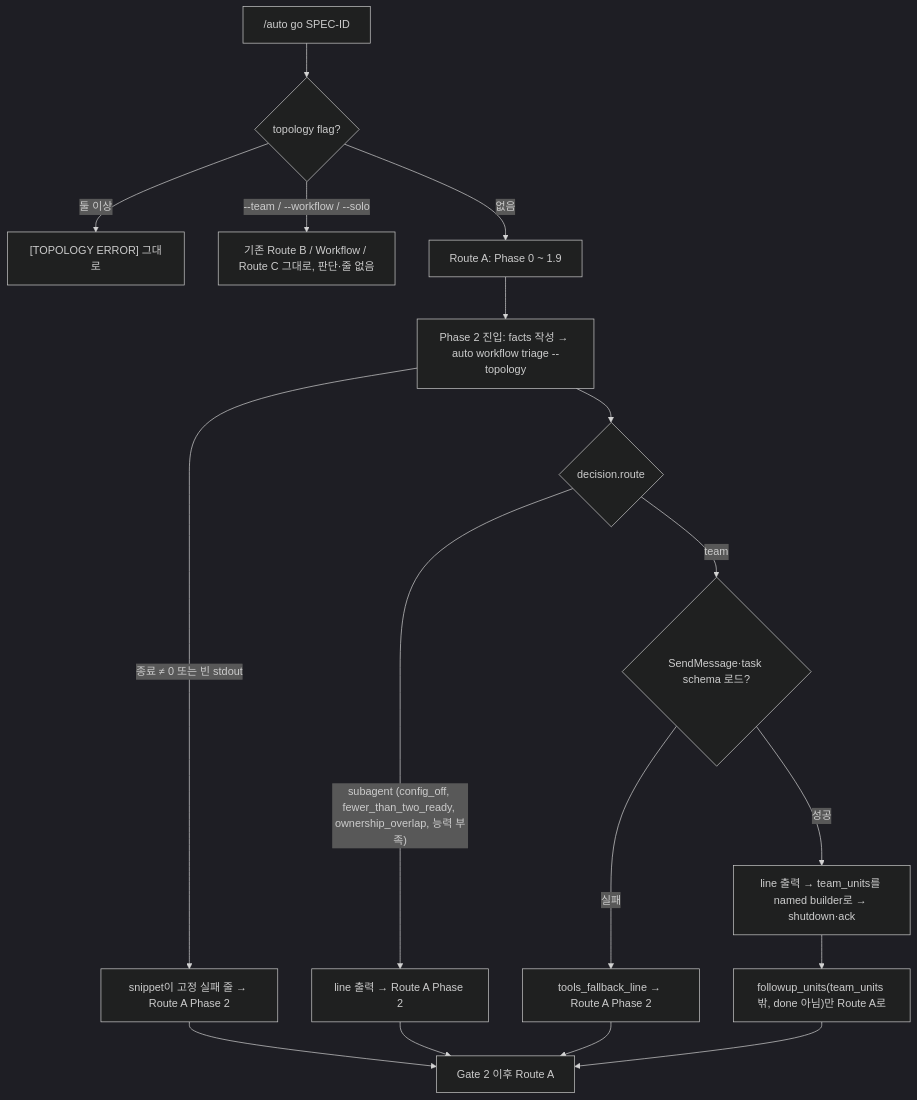
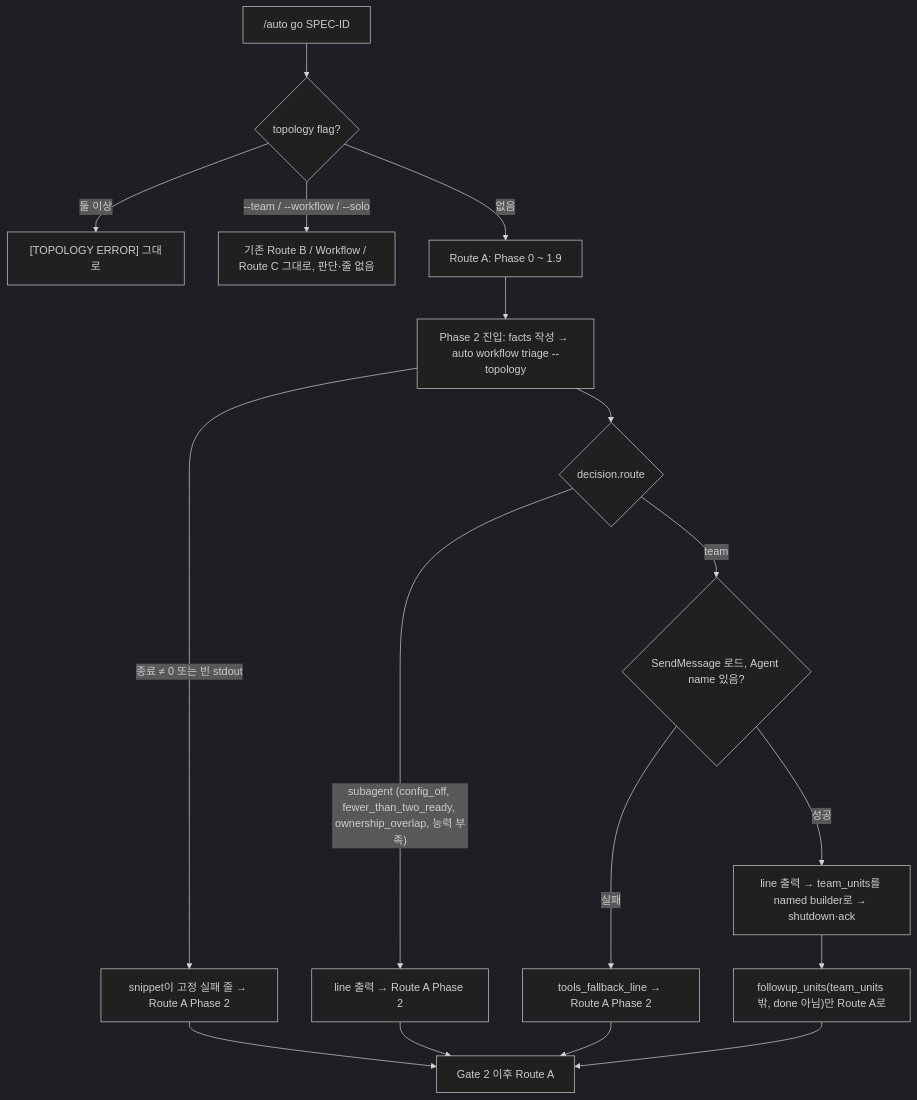
The diagram in .autopus/specs/SPEC-TEAMAUTO-001/spec.md (Oscar-Williams/autopus-adk), drawn with Mermaid (dark theme) before and after one commit. The commit also changed other lines of this file and 16 other files, not shown here.

````diff
--- a/.autopus/specs/SPEC-TEAMAUTO-001/spec.md
+++ b/.autopus/specs/SPEC-TEAMAUTO-001/spec.md
@@ -314,19 +322,19 @@
 ```mermaid
 flowchart TD
   A["/auto go SPEC-ID"] --> B{"topology flag?"}
   B -- "둘 이상" --> X["[TOPOLOGY ERROR] 그대로"]
   B -- "--team / --workflow / --solo" --> E["기존 Route B / Workflow / Route C 그대로, 판단·줄 없음"]
   B -- "없음" --> P["Route A: Phase 0 ~ 1.9"]
   P --> F["Phase 2 진입: facts 작성 → auto workflow triage --topology"]
   F -- "종료 ≠ 0 또는 빈 stdout" --> Z["snippet이 고정 실패 줄 → Route A Phase 2"]
   F --> R{"decision.route"}
   R -- "subagent (config_off, fewer_than_two_ready, ownership_overlap, 능력 부족)" --> S["line 출력 → Route A Phase 2"]
-  R -- "team" --> T{"SendMessage·task schema 로드?"}
+  R -- "team" --> T{"SendMessage 로드, Agent name 있음?"}
   T -- "실패" --> U["tools_fallback_line → Route A Phase 2"]
   T -- "성공" --> V["line 출력 → team_units를 named builder로 → shutdown·ack"]
   V --> W["followup_units(team_units 밖, done 아님)만 Route A로"]
   W --> G["Gate 2 이후 Route A"]
   S --> G
   U --> G
   Z --> G
 ```
````
